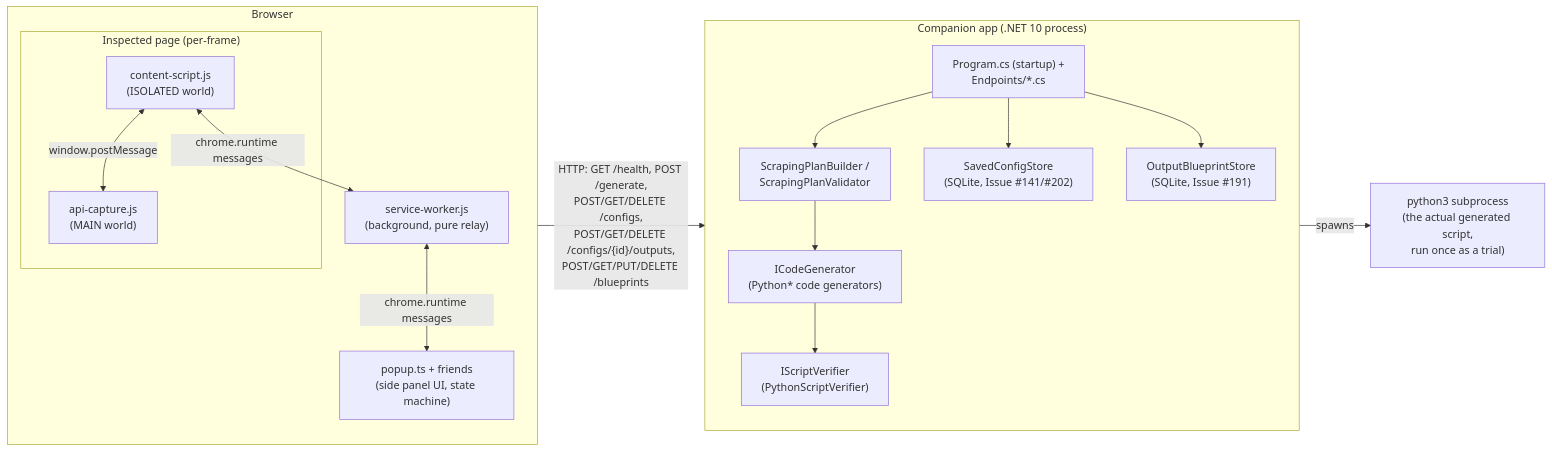
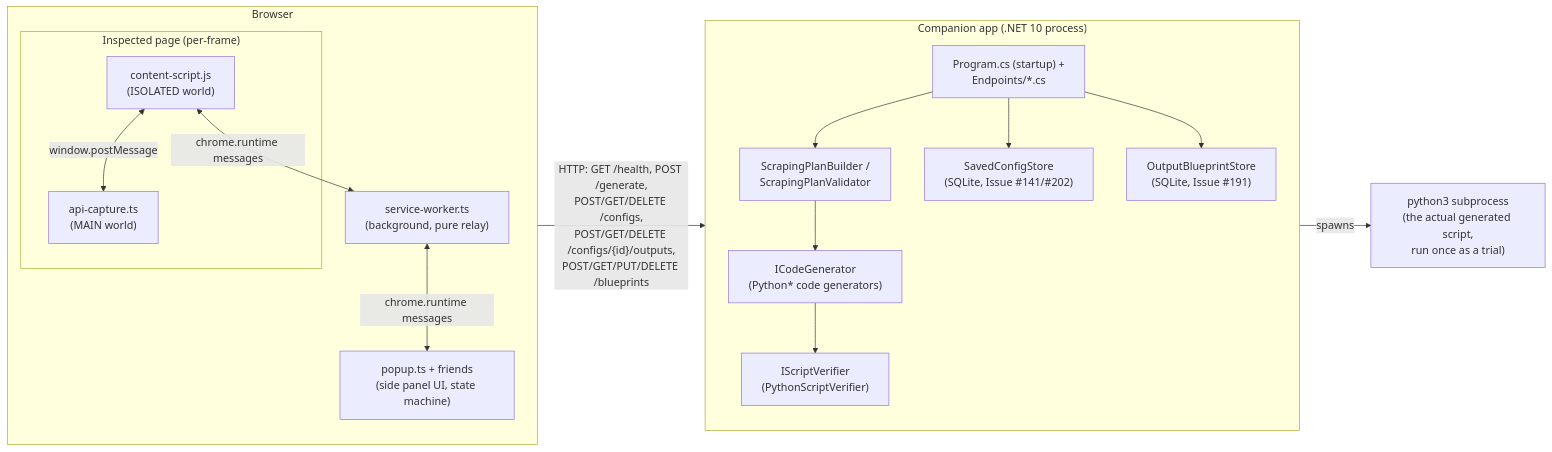
One commit to Aventinis/Scraping-Factory changed the first of 7 diagrams in docs/ARCHITECTURE.md. Above: the diagram before and after it, drawn with Mermaid. The commit also changed other lines of this file and 11 other files, not shown here.

Commit message:
docs(extension): document the api-capture and service-worker conversion

````diff
--- a/docs/ARCHITECTURE.md
+++ b/docs/ARCHITECTURE.md
@@ -33,29 +33,29 @@
 ```mermaid
 flowchart LR
     subgraph Browser["Browser"]
         direction TB
         subgraph Page["Inspected page (per-frame)"]
             CS["content-script.js\n(ISOLATED world)"]
-            AC["api-capture.js\n(MAIN world)"]
+            AC["api-capture.ts\n(MAIN world)"]
             CS <-- window.postMessage --> AC
         end
-        SW["service-worker.js\n(background, pure relay)"]
+        SW["service-worker.ts\n(background, pure relay)"]
         SP["popup.ts + friends\n(side panel UI, state machine)"]
         CS <-- chrome.runtime messages --> SW
         SW <-- chrome.runtime messages --> SP
     end
     SP -- "HTTP: GET /health, POST /generate,\nPOST/GET/DELETE /configs,\nPOST/GET/DELETE /configs/{id}/outputs,\nPOST/GET/PUT/DELETE /blueprints" --> Companion
     subgraph Companion["Companion app (.NET 10 process)"]
         direction TB
         Program["Program.cs (startup) +\nEndpoints/*.cs"]
         Plan["ScrapingPlanBuilder /\nScrapingPlanValidator"]
         Gen["ICodeGenerator\n(Python* code generators)"]
         Ver["IScriptVerifier\n(PythonScriptVerifier)"]
         Store["SavedConfigStore\n(SQLite, Issue #141/#202)"]
         BpStore["OutputBlueprintStore\n(SQLite, Issue #191)"]
         Program --> Plan --> Gen --> Ver
         Program --> Store
         Program --> BpStore
     end
     Ver -- "spawns" --> PySub["python3 subprocess\n(the actual generated script,\nrun once as a trial)"]
 ```
````
